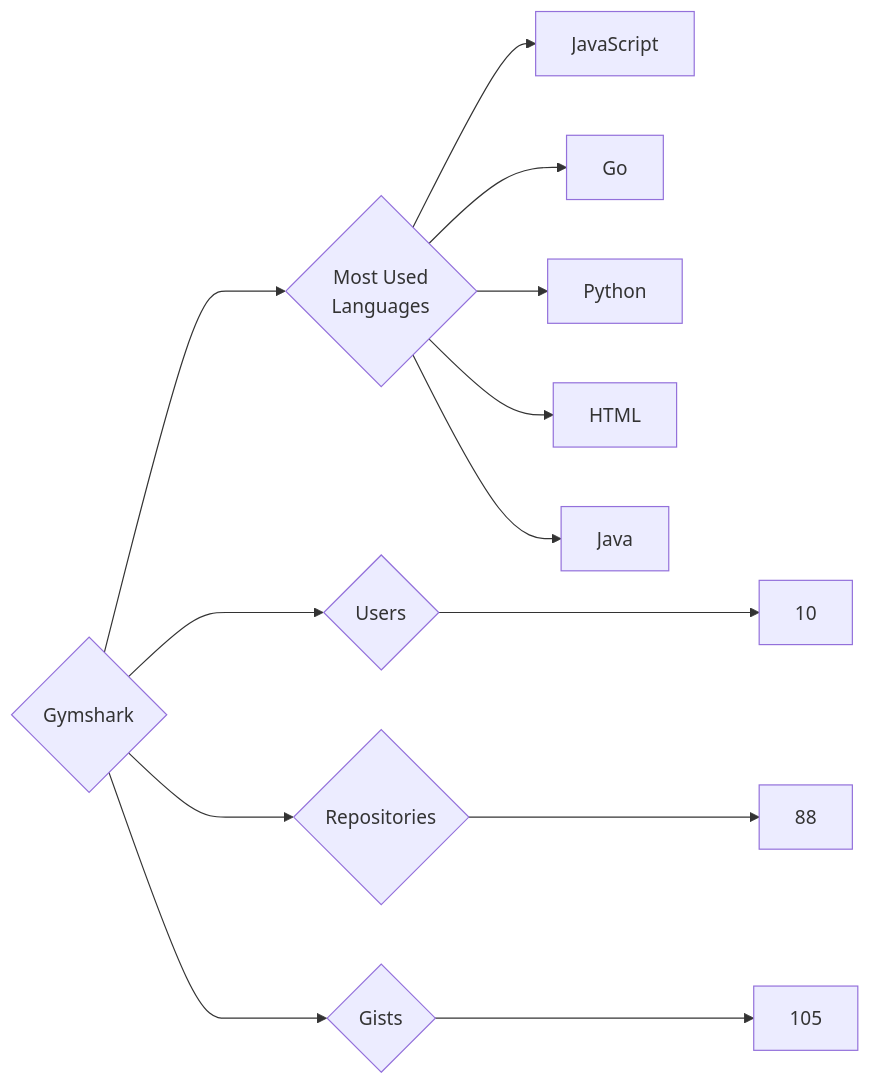
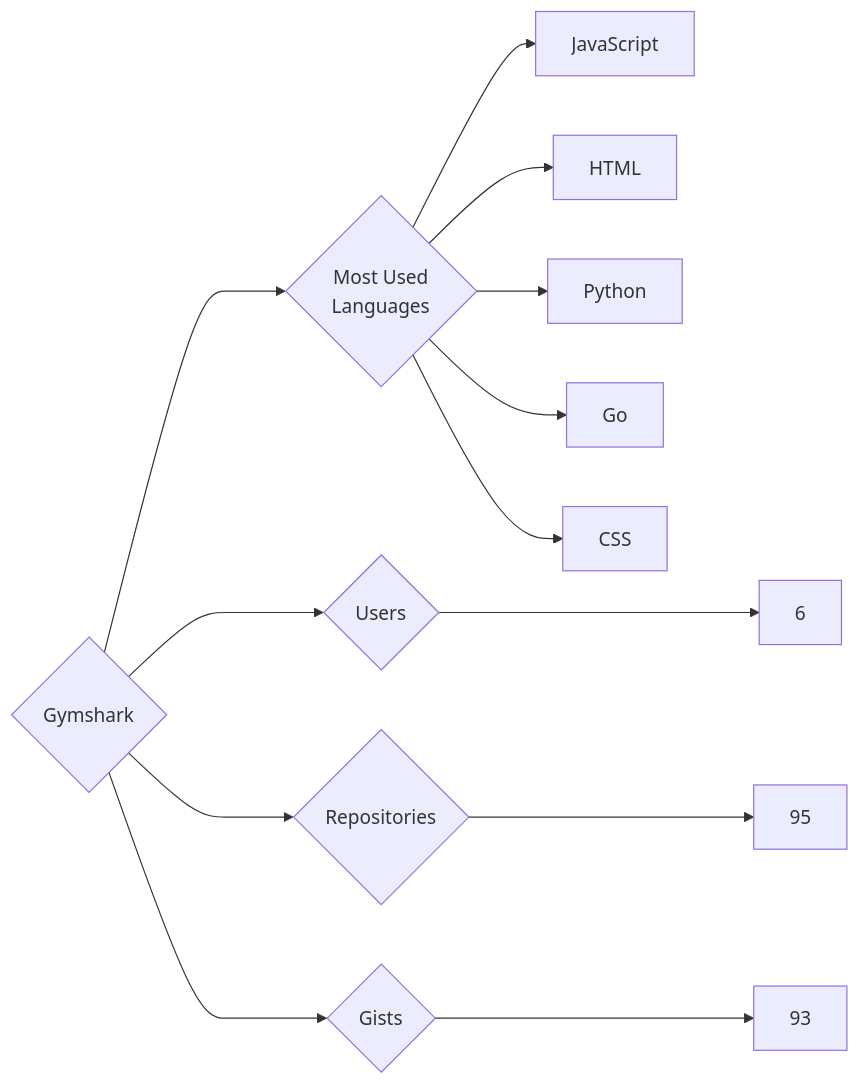
Before and after one commit to trickest/insiders: the diagram in targets/Gymshark/README.md, drawn with Mermaid. The commit also changed 611 other files, not shown here.

````diff
--- a/targets/Gymshark/README.md
+++ b/targets/Gymshark/README.md
@@ -3,13 +3,13 @@
 ```mermaid
 graph LR
 COMPANY_NAME{Gymshark}
-COMPANY_NAME ---> U{Users} ---> UN[10]
-COMPANY_NAME ---> R{Repositories} ---> RN[88]
-COMPANY_NAME ---> G{Gists} ---> GN[105]
+COMPANY_NAME ---> U{Users} ---> UN[6]
+COMPANY_NAME ---> R{Repositories} ---> RN[95]
+COMPANY_NAME ---> G{Gists} ---> GN[93]
 COMPANY_NAME ---> ML{Most Used<br>Languages}
 ML --> JavaScript[JavaScript]
+ML --> HTML[HTML]
+ML --> Python[Python]
 ML --> Go[Go]
-ML --> Python[Python]
-ML --> HTML[HTML]
-ML --> Java[Java]
+ML --> CSS[CSS]
 ```
````
